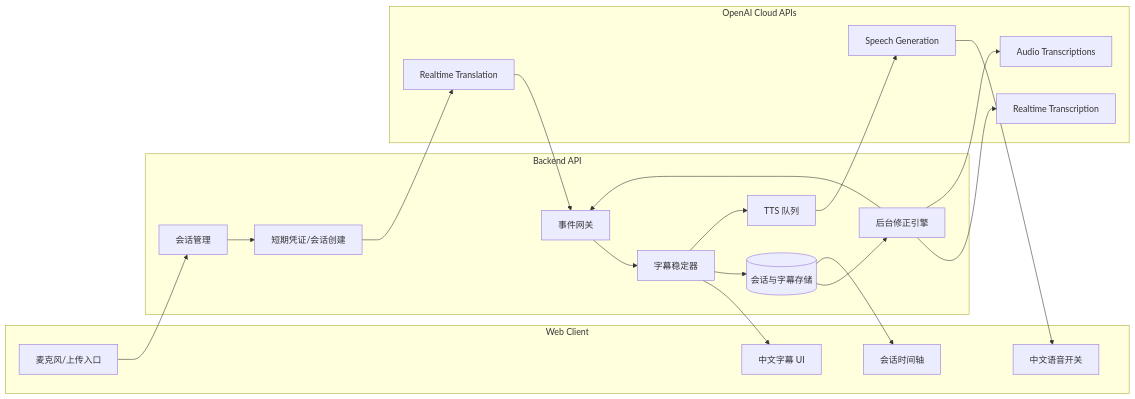
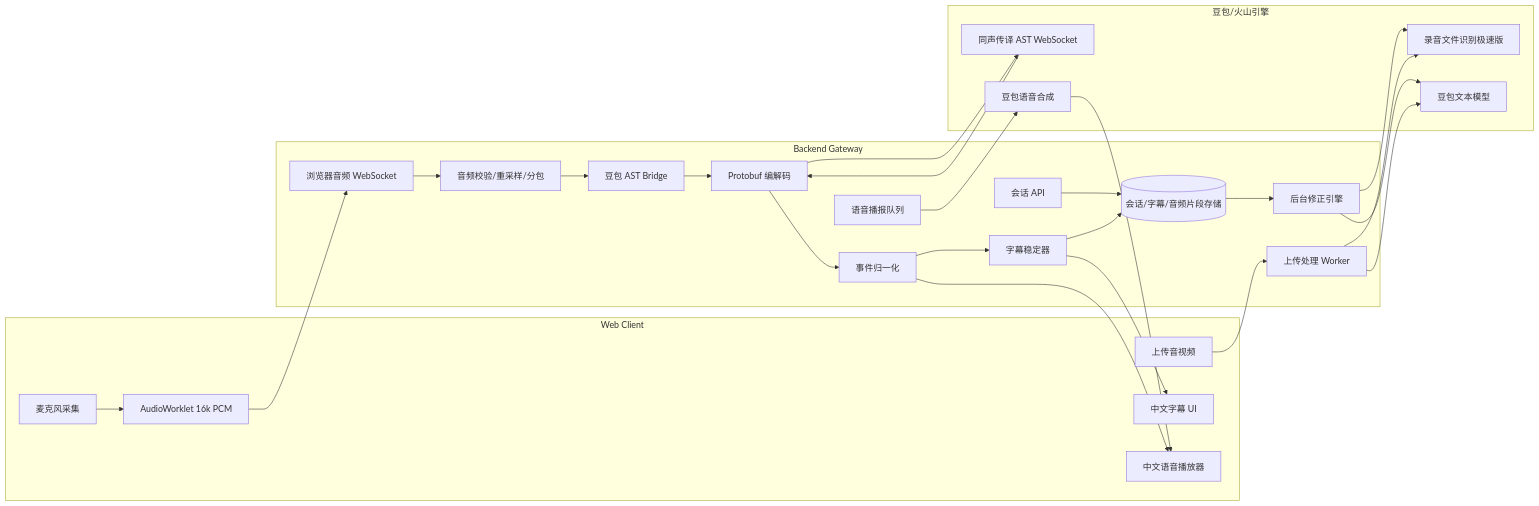
One commit to panding999/Agent-Dance changed the diagram in docs/ai-simultaneous-interpretation-technical-solution.md. Above: the diagram before and after it, drawn with Mermaid. The commit also changed other lines of this file, not shown here.

Commit message:
Redesign technical solution around Doubao

````diff
--- a/docs/ai-simultaneous-interpretation-technical-solution.md
+++ b/docs/ai-simultaneous-interpretation-technical-solution.md
@@ -72,42 +78,47 @@
 ```mermaid
 flowchart LR
   subgraph Client[Web Client]
-    Mic[麦克风/上传入口]
+    Mic[麦克风采集]
+    Worklet[AudioWorklet 16k PCM]
+    Upload[上传音视频]
     SubtitleUI[中文字幕 UI]
-    VoiceToggle[中文语音开关]
-    Timeline[会话时间轴]
+    VoicePlayer[中文语音播放器]
   end
 
-  subgraph Server[Backend API]
-    SessionAPI[会话管理]
-    TokenBroker[短期凭证/会话创建]
-    EventHub[事件网关]
+  subgraph Backend[Backend Gateway]
+    SessionAPI[会话 API]
+    LiveWS[浏览器音频 WebSocket]
+    Resampler[音频校验/重采样/分包]
+    ASTBridge[豆包 AST Bridge]
+    ProtoCodec[Protobuf 编解码]
+    EventNormalizer[事件归一化]
     Stabilizer[字幕稳定器]
     RepairEngine[后台修正引擎]
-    TTSQueue[TTS 队列]
-    Store[(会话与字幕存储)]
+    UploadWorker[上传处理 Worker]
+    TTSQueue[语音播报队列]
+    Store[(会话/字幕/音频片段存储)]
   end
 
-  subgraph OpenAI[OpenAI Cloud APIs]
-    RTTranslate[Realtime Translation]
-    RTWhisper[Realtime Transcription]
-    FileSTT[Audio Transcriptions]
-    TTS[Speech Generation]
+  subgraph Doubao[豆包/火山引擎]
+    AST[同声传译 AST WebSocket]
+    AUC[录音文件识别极速版]
+    ArkText[豆包文本模型]
+    DoubaoTTS[豆包语音合成]
   end
 
-  Mic --> SessionAPI
-  SessionAPI --> TokenBroker
-  TokenBroker --> RTTranslate
-  RTTranslate --> EventHub
-  EventHub --> Stabilizer
-  Stabilizer --> SubtitleUI
+  Mic --> Worklet --> LiveWS
+  Upload --> UploadWorker
+  SessionAPI --> Store
+  LiveWS --> Resampler --> ASTBridge
+  ASTBridge --> ProtoCodec --> AST
+  AST --> ProtoCodec --> EventNormalizer
+  EventNormalizer --> Stabilizer --> SubtitleUI
+  EventNormalizer --> VoicePlayer
   Stabilizer --> Store
-  Stabilizer --> TTSQueue
-  TTSQueue --> TTS
-  TTS --> VoiceToggle
   Store --> RepairEngine
-  RepairEngine --> RTWhisper
-  RepairEngine --> FileSTT
-  RepairEngine --> EventHub
-  Store --> Timeline
+  RepairEngine --> AUC
+  RepairEngine --> ArkText
+  UploadWorker --> AUC
+  UploadWorker --> ArkText
+  TTSQueue --> DoubaoTTS --> VoicePlayer
 ```
````
